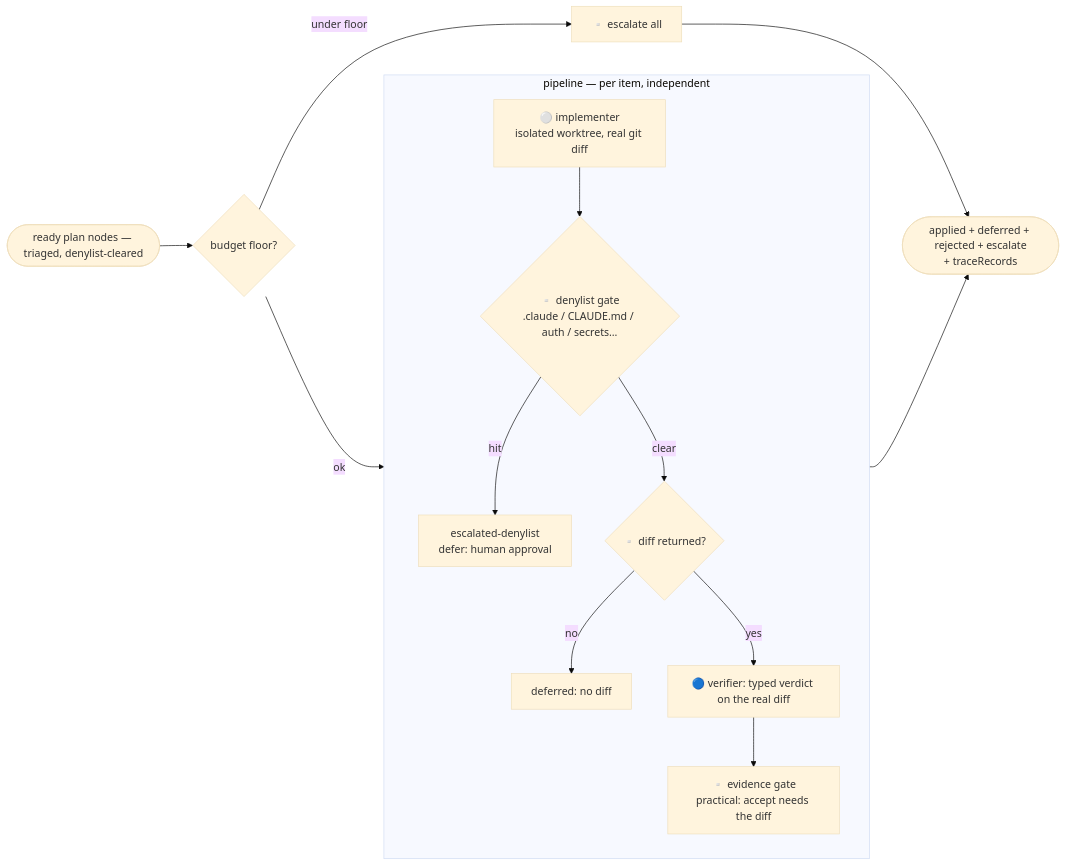
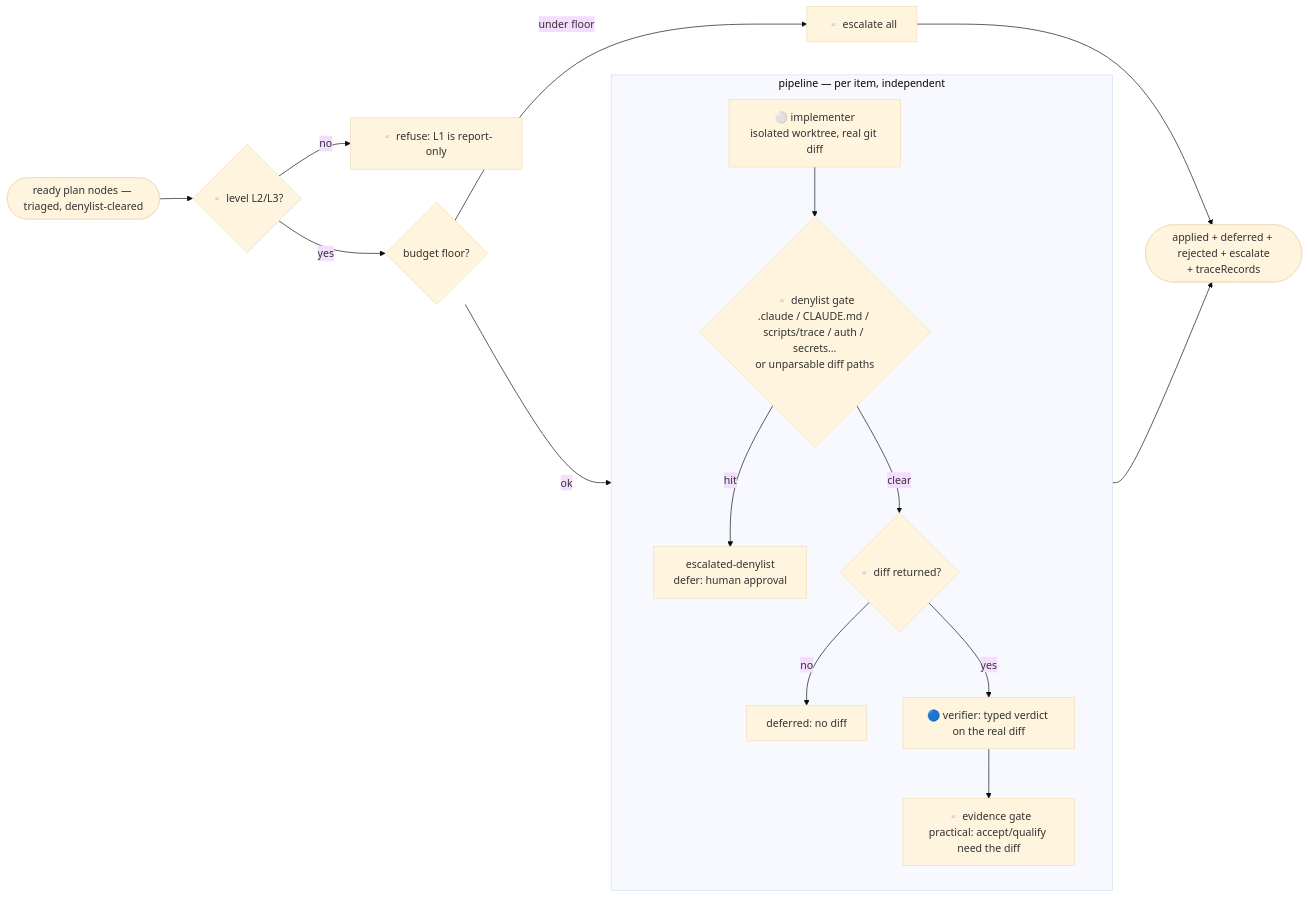
The sixth of 7 diagrams in docs/workflow-graphs.md (dominno/loop-setup), drawn with Mermaid (base theme) before and after one commit. The commit also changed other lines of this file and 4 other files, not shown here.

````diff
--- a/docs/workflow-graphs.md
+++ b/docs/workflow-graphs.md
@@ -132,16 +134,18 @@
 ```mermaid
 flowchart LR
-  items([ready plan nodes — triaged, denylist-cleared]) --> budget{budget floor?}
+  items([ready plan nodes — triaged, denylist-cleared]) --> lvl{▫️ level L2/L3?}
+  lvl -- no --> err[▫️ refuse: L1 is report-only]
+  lvl -- yes --> budget{budget floor?}
   budget -- "under floor" --> esc0[▫️ escalate all]
   budget -- ok --> P
   subgraph P["pipeline — per item, independent"]
-    impl[⚪ implementer<br/>isolated worktree, real git diff] --> dl{▫️ denylist gate<br/>.claude / CLAUDE.md / auth / secrets…}
+    impl[⚪ implementer<br/>isolated worktree, real git diff] --> dl{▫️ denylist gate<br/>.claude / CLAUDE.md / scripts/trace / auth / secrets…<br/>or unparsable diff paths}
     dl -- hit --> escd[escalated-denylist<br/>defer: human approval]
     dl -- clear --> nd{▫️ diff returned?}
     nd -- no --> dfr[deferred: no diff]
     nd -- yes --> ver[🔵 verifier: typed verdict on the real diff]
-    ver --> eg[▫️ evidence gate<br/>practical: accept needs the diff]
+    ver --> eg[▫️ evidence gate<br/>practical: accept/qualify need the diff]
   end
   P --> out([applied + deferred + rejected + escalate<br/>+ traceRecords])
   esc0 --> out
 ```
````
